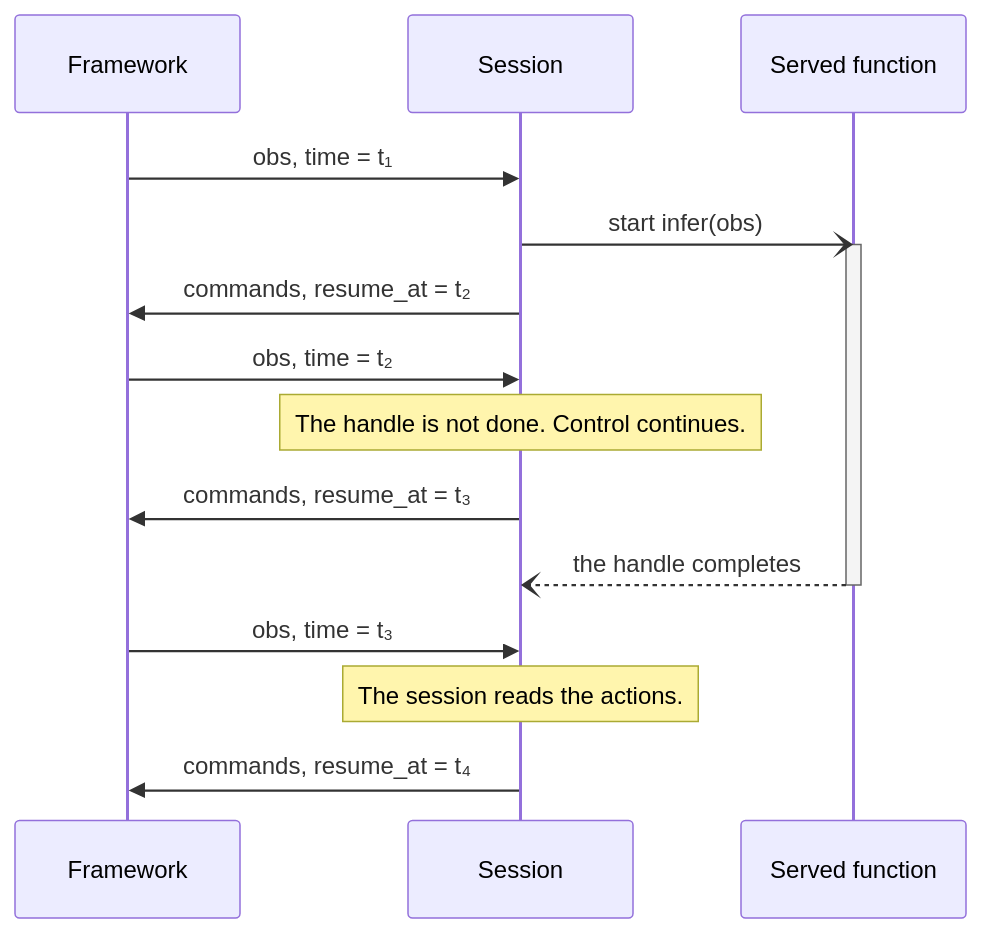
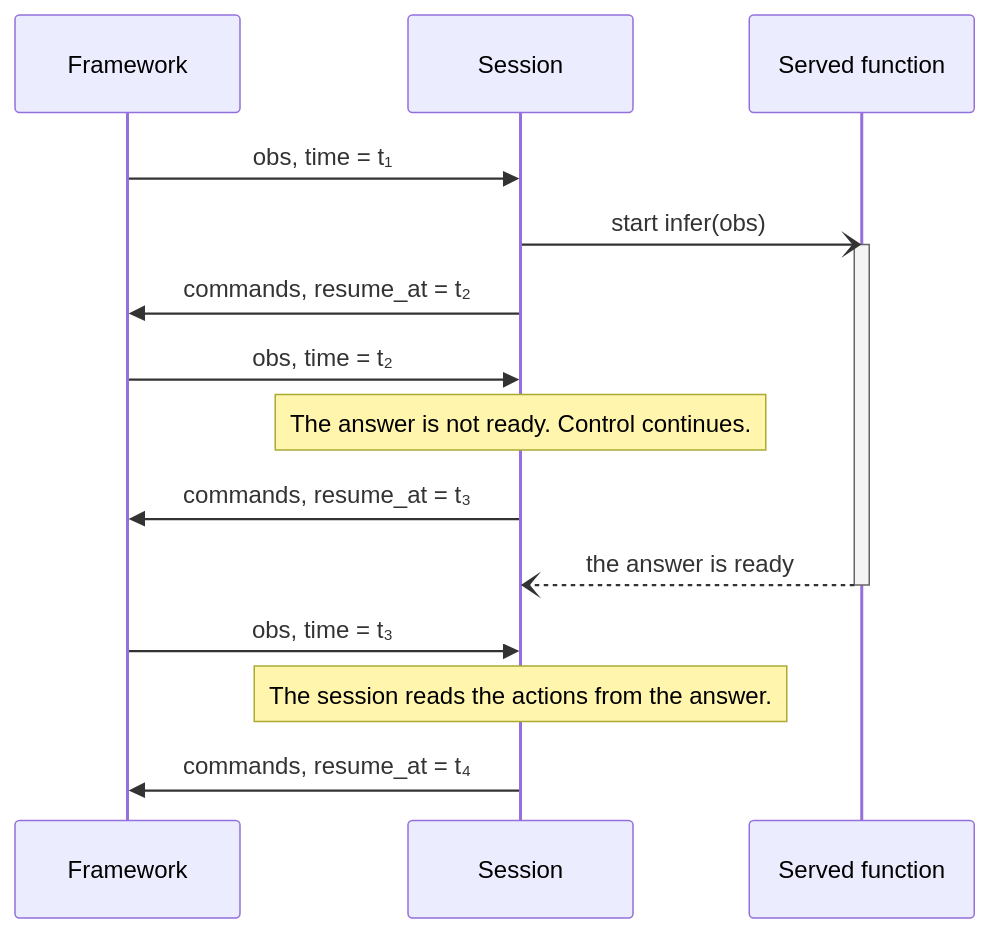
Before and after one commit to Positronic-Robotics/positronic: the second of 3 diagrams in positronic/policy/DESIGN.md, drawn with Mermaid. The commit also changed other lines of this file, not shown here.

Commit message:
Make the overview diagram vertical and name the answer in the sequence

````diff
--- a/positronic/policy/DESIGN.md
+++ b/positronic/policy/DESIGN.md
@@ -204,18 +204,18 @@
 ```mermaid
 sequenceDiagram
     participant F as Framework
     participant S as Session
     participant Fn as Served function
     F->>S: obs, time = t₁
     S-)Fn: start infer(obs)
     activate Fn
     S->>F: commands, resume_at = t₂
     F->>S: obs, time = t₂
-    Note over S: The handle is not done. Control continues.
+    Note over S: The answer is not ready. Control continues.
     S->>F: commands, resume_at = t₃
-    Fn--)S: the handle completes
+    Fn--)S: the answer is ready
     deactivate Fn
     F->>S: obs, time = t₃
-    Note over S: The session reads the actions.
+    Note over S: The session reads the actions from the answer.
     S->>F: commands, resume_at = t₄
 ```
````
